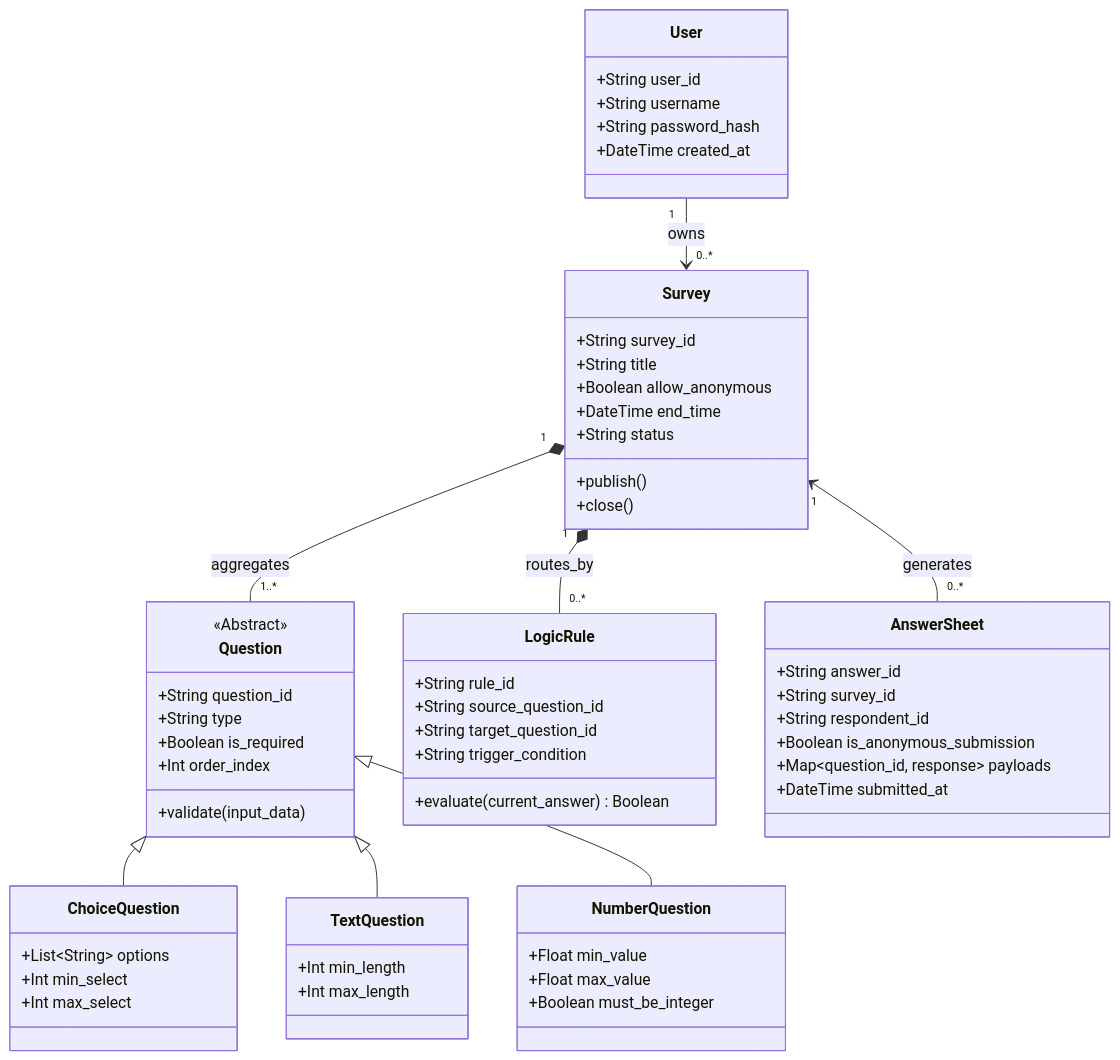
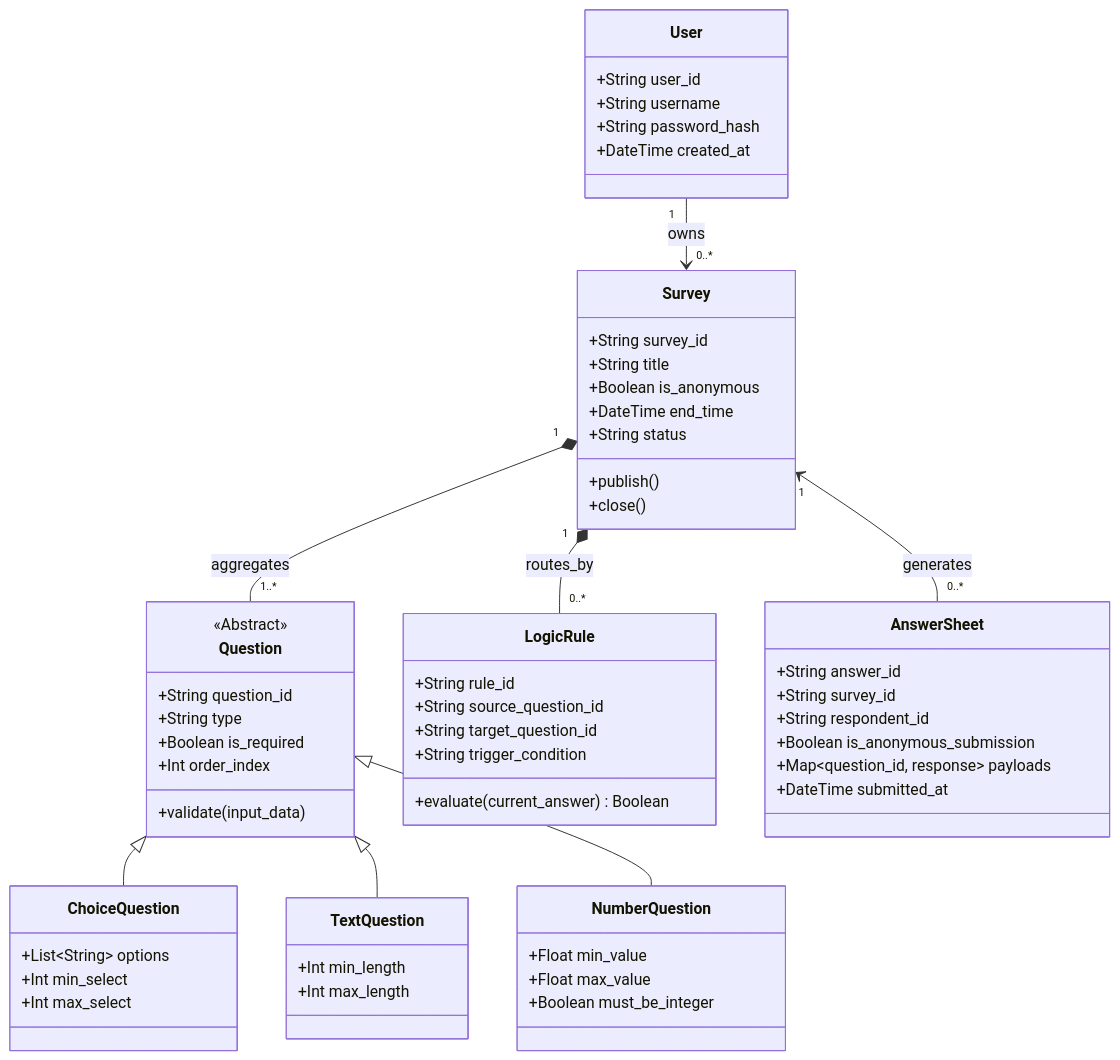
Before and after one commit to 4bqwq/fastapi-mongo-survey: the fourth of 6 diagrams in doc/02-architecture.md, drawn with Mermaid. The commit also changed other lines of this file and 3 other files, not shown here.

````diff
--- a/doc/02-architecture.md
+++ b/doc/02-architecture.md
@@ -108,70 +105,70 @@
 ```mermaid
 classDiagram
     class User {
         +String user_id
         +String username
         +String password_hash
         +DateTime created_at
     }
 
     class Survey {
         +String survey_id
         +String title
-        +Boolean allow_anonymous
+        +Boolean is_anonymous
         +DateTime end_time
         +String status
         +publish()
         +close()
     }
 
     class Question {
         <<Abstract>>
         +String question_id
         +String type
         +Boolean is_required
         +Int order_index
         +validate(input_data)
     }
 
     class ChoiceQuestion {
         +List~String~ options
         +Int min_select
         +Int max_select
     }
 
     class TextQuestion {
         +Int min_length
         +Int max_length
     }
 
     class NumberQuestion {
         +Float min_value
         +Float max_value
         +Boolean must_be_integer
     }
 
     class LogicRule {
         +String rule_id
         +String source_question_id
         +String target_question_id
         +String trigger_condition
         +evaluate(current_answer) Boolean
     }
 
     class AnswerSheet {
         +String answer_id
         +String survey_id
         +String respondent_id
         +Boolean is_anonymous_submission
         +Map~question_id, response~ payloads
         +DateTime submitted_at
     }
 
     User "1" --> "0..*" Survey : owns
     Survey "1" *-- "1..*" Question : aggregates
     Survey "1" *-- "0..*" LogicRule : routes_by
     Survey "1" <-- "0..*" AnswerSheet : generates
     Question <|-- ChoiceQuestion
     Question <|-- TextQuestion
     Question <|-- NumberQuestion
 ```
````
